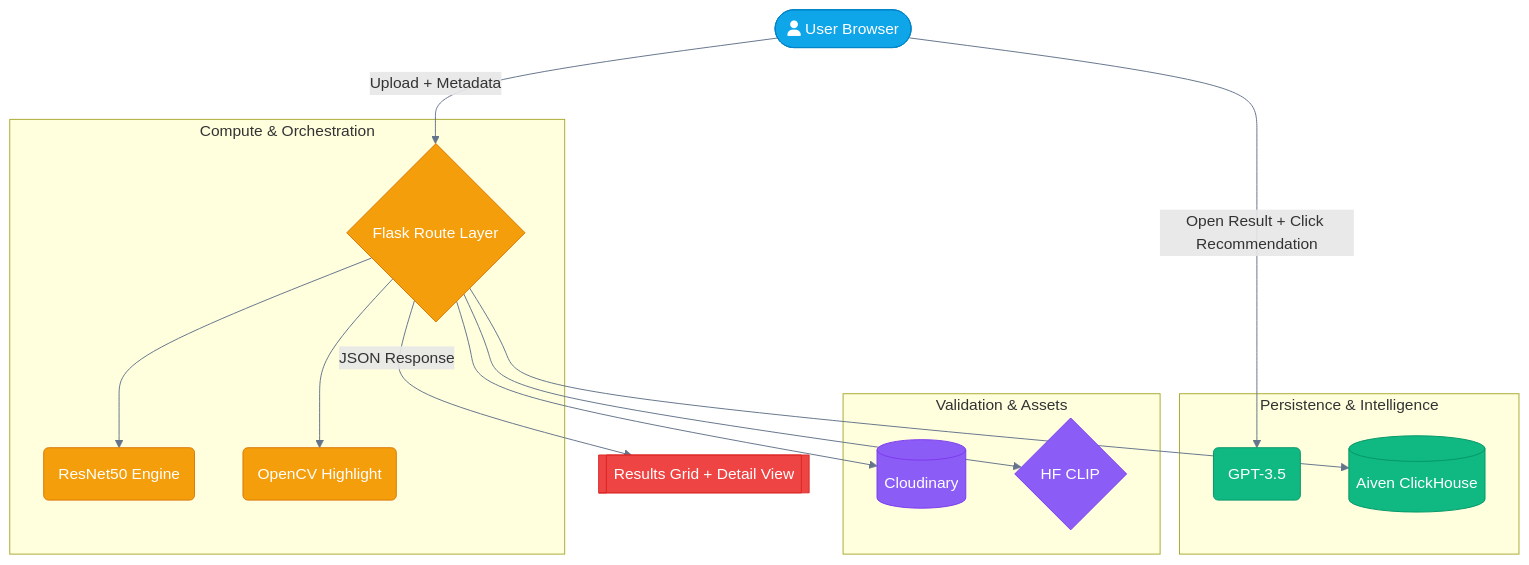
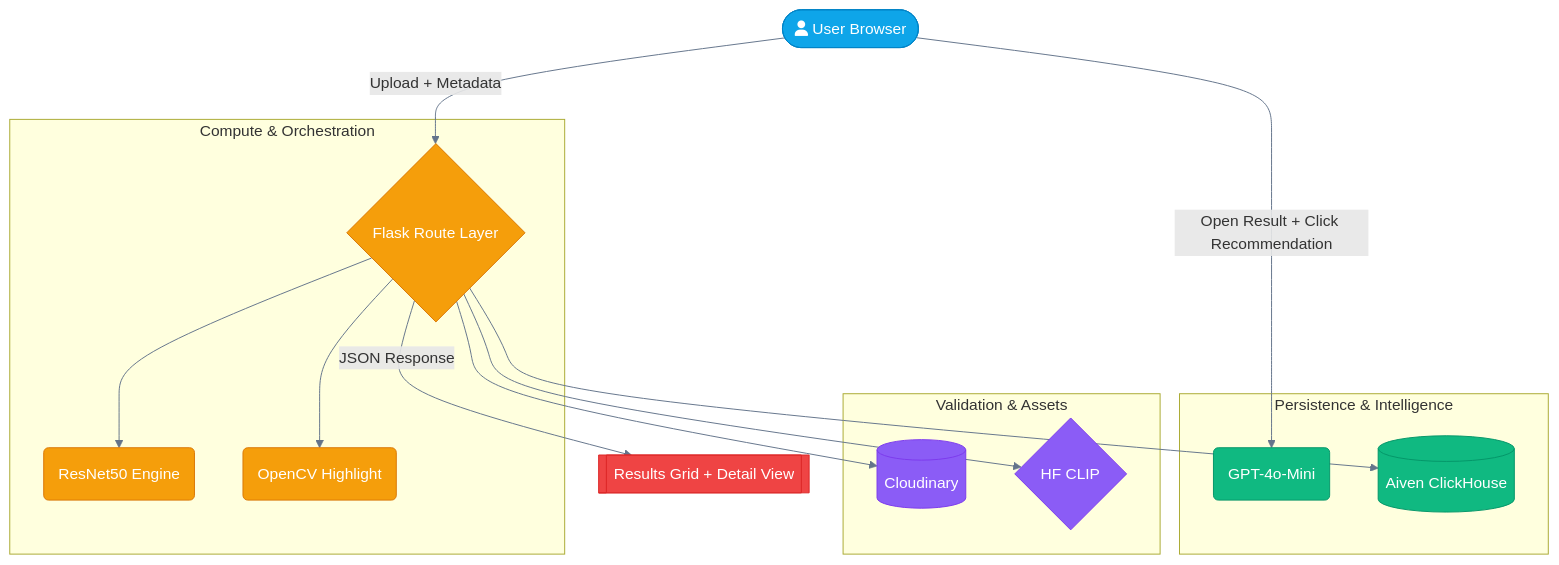
One commit to rautaditya2606/wheat_detection changed the diagram in README.md. Above: the diagram before and after it, drawn with Mermaid. The commit also changed other lines of this file and 2 other files, not shown here.

Commit message:
switched to gpt4o-mini from 3.5-turbo

````diff
--- a/README.md
+++ b/README.md
@@ -24,43 +24,43 @@
 ```mermaid
 graph TB
     %% Enhanced Style Definitions
     classDef userNode fill:#0ea5e9,stroke:#0284c7,stroke-width:1px,color:#fff,rx:10,ry:10;
     classDef backendNode fill:#f59e0b,stroke:#d97706,stroke-width:1px,color:#fff,rx:5,ry:5;
     classDef storageNode fill:#8b5cf6,stroke:#7c3aed,stroke-width:1px,color:#fff,rx:5,ry:5;
     classDef intelligenceNode fill:#10b981,stroke:#059669,stroke-width:1px,color:#fff,rx:5,ry:5;
     classDef uiNode fill:#ef4444,stroke:#dc2626,stroke-width:1px,color:#fff,rx:10,ry:10;
 
     %% Nodes
     User([fa:fa-user User Browser]):::userNode
     
     subgraph "Compute & Orchestration"
         Backend{Flask Route Layer}:::backendNode
         ResNet(ResNet50 Engine):::backendNode
         OpenCV(OpenCV Highlight):::backendNode
     end
 
     subgraph "Validation & Assets"
         Cloudinary[(Cloudinary)]:::storageNode
         CLIP{HF CLIP}:::storageNode
     end
 
     subgraph "Persistence & Intelligence"
-        LLM(GPT-3.5):::intelligenceNode
+        LLM(GPT-4o-Mini):::intelligenceNode
         ClickHouse[(Aiven ClickHouse)]:::intelligenceNode
     end
 
     Response[[Results Grid + Detail View]]:::uiNode
 
     %% Styled Connections
     User ==>|Upload + Metadata| Backend
     Backend --> Cloudinary
     Backend --> CLIP
     Backend --> ResNet
     Backend --> OpenCV
     Backend --> ClickHouse
     User ==>|Open Result + Click Recommendation| LLM
     Backend ==>|JSON Response| Response
 
     %% Global Link Styling
     linkStyle default stroke:#64748b,stroke-width:1px,transition:0.3s;
 ```
````
